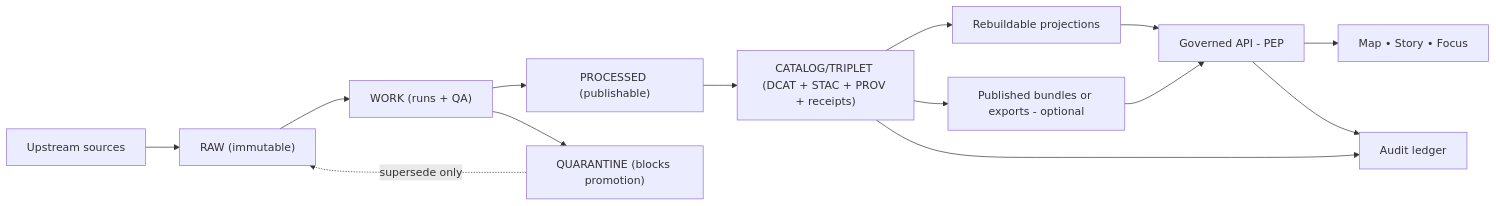
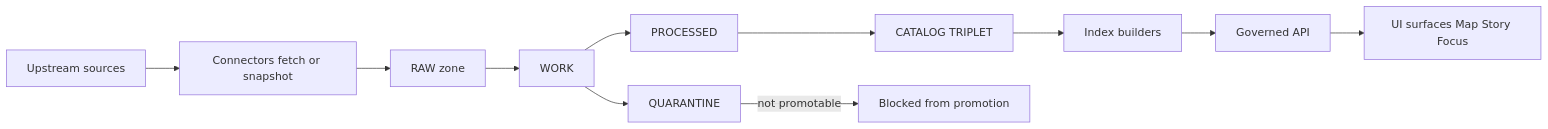
Before and after one commit to bartytime4life/Kansas-Frontier-Matrix: the diagram in data/README.md, drawn with Mermaid. The commit also changed other lines of this file, not shown here.

````diff
--- a/data/README.md
+++ b/data/README.md
@@ -241,20 +84,14 @@
 ```mermaid
 flowchart LR
-  U["Upstream sources"] --> R["RAW (immutable)"]
-  R --> W["WORK (runs + QA)"]
-  W --> P["PROCESSED (publishable)"]
-  P --> C["CATALOG/TRIPLET (DCAT + STAC + PROV + receipts)"]
+  Upstream[Upstream sources] --> Connectors[Connectors fetch or snapshot]
+  Connectors --> RAW[RAW zone]
+  RAW --> WORK[WORK]
+  WORK --> PROCESSED[PROCESSED]
+  WORK --> QUAR[QUARANTINE]
+  PROCESSED --> CATALOG[CATALOG TRIPLET]
+  CATALOG --> Indexers[Index builders]
+  Indexers --> API[Governed API]
+  API --> UI[UI surfaces Map Story Focus]
 
-  W --> Q["QUARANTINE (blocks promotion)"]
-  Q -.->|supersede only| R
-
-  C --> IDX["Rebuildable projections"]
-  C --> PB["Published bundles or exports - optional"]
-
-  IDX --> API["Governed API - PEP"]
-  PB --> API
-  API --> UI["Map • Story • Focus"]
-
-  C --> AUD["Audit ledger"]
-  API --> AUD
+  QUAR -->|not promotable| STOP[Blocked from promotion]
 ```
````
